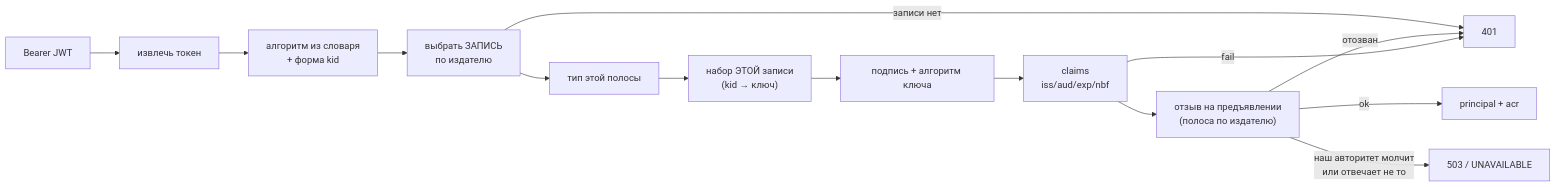
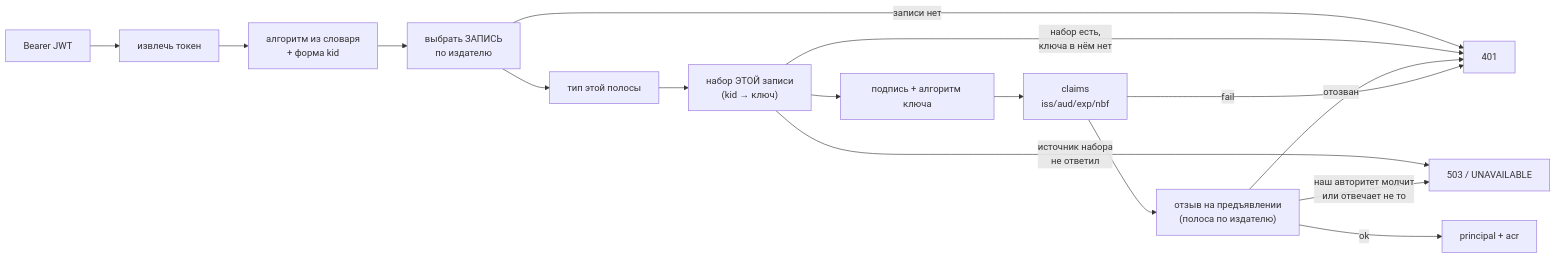
One commit to PRO-Robotech/kacho changed the first of 2 diagrams in gateway/docs/content/architecture/authn.mdx. Above: the diagram before and after it, drawn with Mermaid. The commit also changed other lines of this file and 6 other files, not shown here.

````diff
--- a/gateway/docs/content/architecture/authn.mdx
+++ b/gateway/docs/content/architecture/authn.mdx
@@ -111,16 +120,18 @@
 ```mermaid
 flowchart LR
   req["Bearer JWT"] --> ext["извлечь токен"]
   ext --> alg["алгоритм из словаря<br/>+ форма kid"]
   alg --> rec["выбрать ЗАПИСЬ<br/>по издателю"]
   rec -->|"записи нет"| deny["401"]
   rec --> typ["тип этой полосы"]
   typ --> jwks["набор ЭТОЙ записи<br/>(kid → ключ)"]
+  jwks -->|"источник набора<br/>не ответил"| unavail["503 / UNAVAILABLE"]
+  jwks -->|"набор есть,<br/>ключа в нём нет"| deny
   jwks --> sig["подпись + алгоритм ключа"]
   sig --> cl["claims<br/>iss/aud/exp/nbf"]
   cl --> rev["отзыв на предъявлении<br/>(полоса по издателю)"]
   rev -->|"ok"| pr["principal + acr"]
   rev -->|"отозван"| deny
-  rev -->|"наш авторитет молчит<br/>или отвечает не то"| unavail["503 / UNAVAILABLE"]
+  rev -->|"наш авторитет молчит<br/>или отвечает не то"| unavail
   cl -->|"fail"| deny
 ```
````
